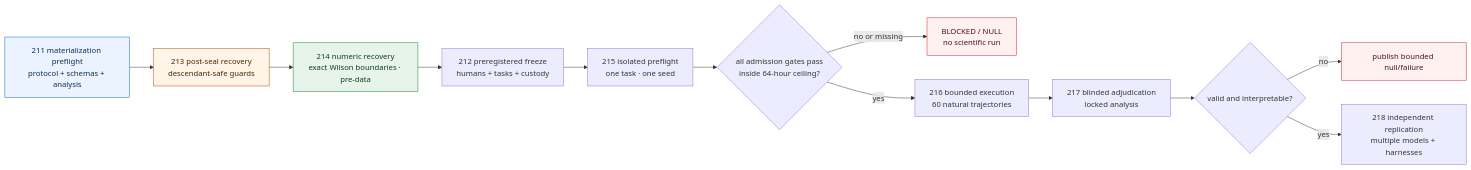
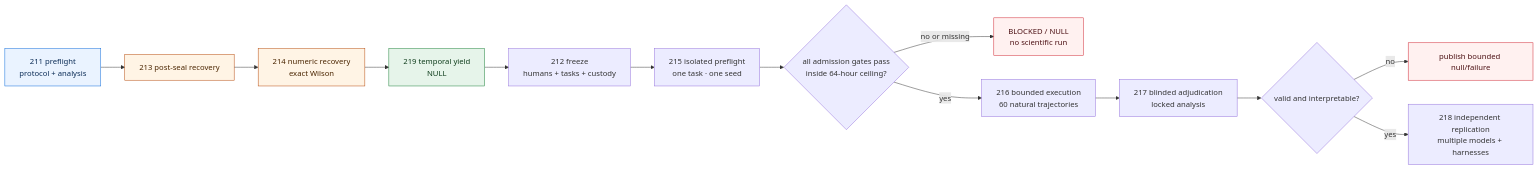
Before and after one commit to manfromnowhere143/telos: the second of 2 diagrams in docs/TELOS-ROADMAP-2026.md, drawn with Mermaid. The commit also changed other lines of this file and 12 other files, not shown here.

Commit message:
Publish iter219 temporal consequence-test yield null

````diff
--- a/docs/TELOS-ROADMAP-2026.md
+++ b/docs/TELOS-ROADMAP-2026.md
@@ -183,22 +183,24 @@
 ```mermaid
 flowchart LR
-I211["211 materialization preflight<br/>protocol + schemas + analysis"] --> I213["213 post-seal recovery<br/>descendant-safe guards"]
-I213 --> I214["214 numeric recovery<br/>exact Wilson boundaries · pre-data"]
-I214 --> I212["212 preregistered freeze<br/>humans + tasks + custody"]
+I211["211 preflight<br/>protocol + analysis"] --> I213["213 post-seal recovery"]
+I213 --> I214["214 numeric recovery<br/>exact Wilson"]
+I214 --> I219["219 temporal yield<br/>NULL"]
+I219 --> I212["212 freeze<br/>humans + tasks + custody"]
 I212 --> I215["215 isolated preflight<br/>one task · one seed"]
 I215 --> Q{"all admission gates pass<br/>inside 64-hour ceiling?"}
 Q -->|no or missing| B["BLOCKED / NULL<br/>no scientific run"]
 Q -->|yes| I216["216 bounded execution<br/>60 natural trajectories"]
 I216 --> I217["217 blinded adjudication<br/>locked analysis"]
 I217 --> R{"valid and interpretable?"}
 R -->|no| N["publish bounded null/failure"]
 R -->|yes| I218["218 independent replication<br/>multiple models + harnesses"]
 classDef done fill:#eaf3ff,stroke:#0969da,color:#0c2d57;
 classDef corrected fill:#fff4e5,stroke:#b54708,color:#4a2500;
 classDef active fill:#e6f4ea,stroke:#1a7f37,color:#0f3d1c;
 classDef blocked fill:#fff1f0,stroke:#cf222e,color:#4c1114;
 class I211 done;
 class I213 corrected;
-class I214 active;
+class I214 corrected;
+class I219 active;
 class B,N blocked;
 ```
````
